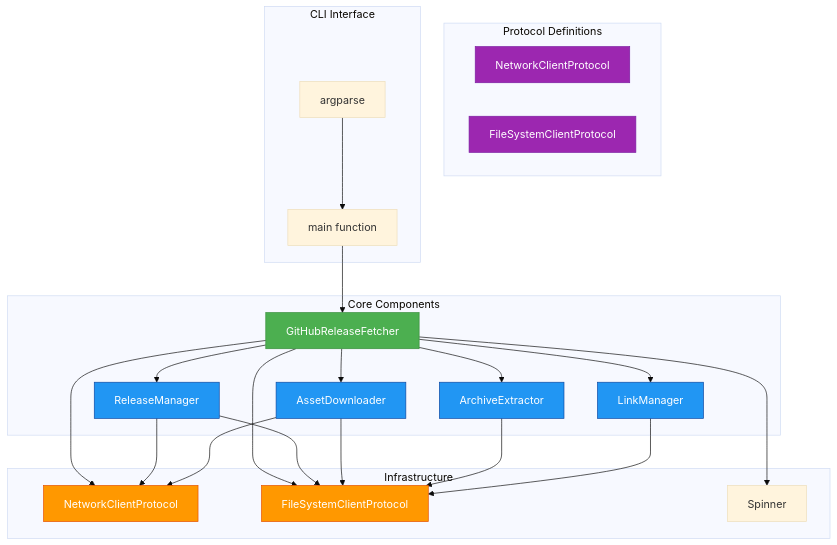
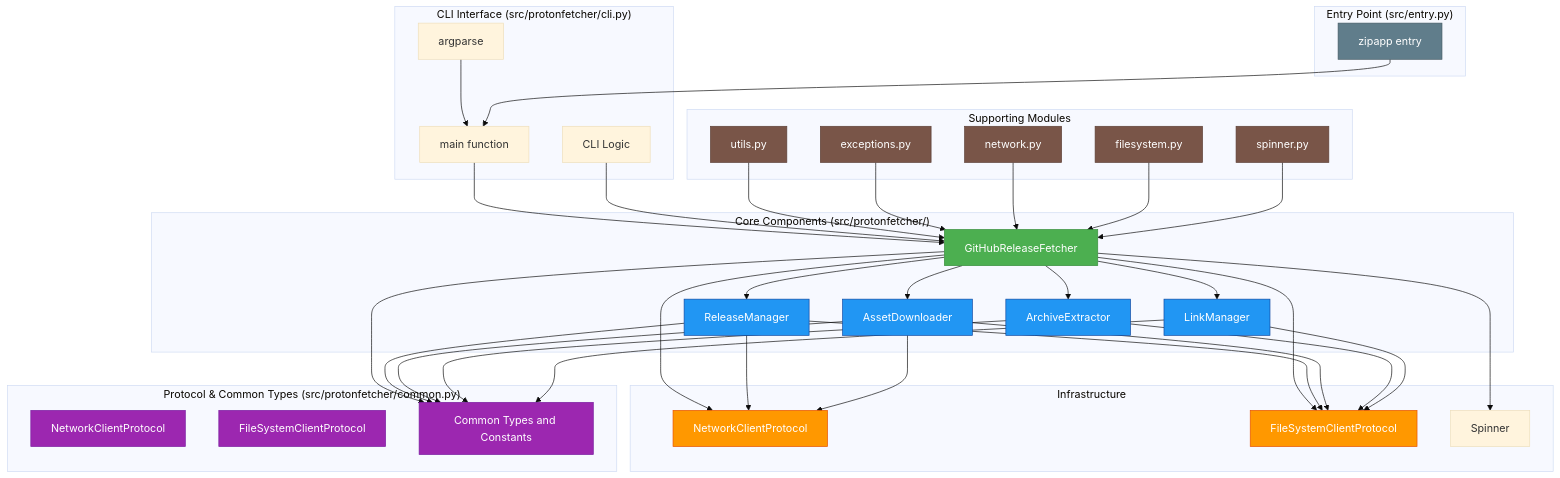
One commit to WombatFromHell/protonge-fetcher changed the first of 8 diagrams in DESIGN.md. Above: the diagram before and after it, drawn with Mermaid (base theme). The commit also changed other lines of this file and 50 other files, not shown here.

Commit message:
Major refactor to leverage 'zipapp' bundling and smaller modules

````diff
--- a/DESIGN.md
+++ b/DESIGN.md
@@ -11,47 +11,80 @@
 ```mermaid
 graph TB
-    subgraph "Core Components"
+    subgraph "Core Components (src/protonfetcher/)"
         A[GitHubReleaseFetcher] --> B[ReleaseManager]
         A --> C[AssetDownloader]
         A --> D[ArchiveExtractor]
         A --> E[LinkManager]
     end
 
     subgraph "Infrastructure"
         F[NetworkClientProtocol]
         G[FileSystemClientProtocol]
         H[Spinner]
     end
 
-    subgraph "Protocol Definitions"
+    subgraph "Protocol & Common Types (src/protonfetcher/common.py)"
         I[NetworkClientProtocol]
         J[FileSystemClientProtocol]
+        K[Common Types and Constants]
     end
 
-    subgraph "CLI Interface"
-        K[main function]
-        L[argparse]
+    subgraph "CLI Interface (src/protonfetcher/cli.py)"
+        L[main function]
+        M[argparse]
+        N[CLI Logic]
+    end
+
+    subgraph "Entry Point (src/entry.py)"
+        O[zipapp entry]
+    end
+
+    subgraph "Supporting Modules"
+        P[utils.py]
+        Q[exceptions.py]
+        R[network.py]
+        S[filesystem.py]
+        T[spinner.py]
     end
 
     A --> F
     A --> G
     A --> H
+    A --> K
     B --> F
     B --> G
+    B --> K
     C --> F
     C --> G
+    C --> K
     D --> G
+    D --> K
     E --> G
-    K --> A
-    L --> K
+    E --> K
+    L --> A
+    M --> L
+    N --> A
+    P --> A
+    Q --> A
+    R --> A
+    S --> A
+    T --> A
+    O --> L
 
     style A fill:#4CAF50,stroke:#388E3C,color:#fff
     style B fill:#2196F3,stroke:#0D47A1,color:#fff
     style C fill:#2196F3,stroke:#0D47A1,color:#fff
     style D fill:#2196F3,stroke:#0D47A1,color:#fff
     style E fill:#2196F3,stroke:#0D47A1,color:#fff
     style F fill:#FF9800,stroke:#E65100,color:#fff
     style G fill:#FF9800,stroke:#E65100,color:#fff
     style I fill:#9C27B0,stroke:#7B1FA2,color:#fff
     style J fill:#9C27B0,stroke:#7B1FA2,color:#fff
+    style K fill:#9C27B0,stroke:#7B1FA2,color:#fff
+    style O fill:#607D8B,stroke:#455A64,color:#fff
+    style P fill:#795548,stroke:#5D4037,color:#fff
+    style Q fill:#795548,stroke:#5D4037,color:#fff
+    style R fill:#795548,stroke:#5D4037,color:#fff
+    style S fill:#795548,stroke:#5D4037,color:#fff
+    style T fill:#795548,stroke:#5D4037,color:#fff
 ```
````
